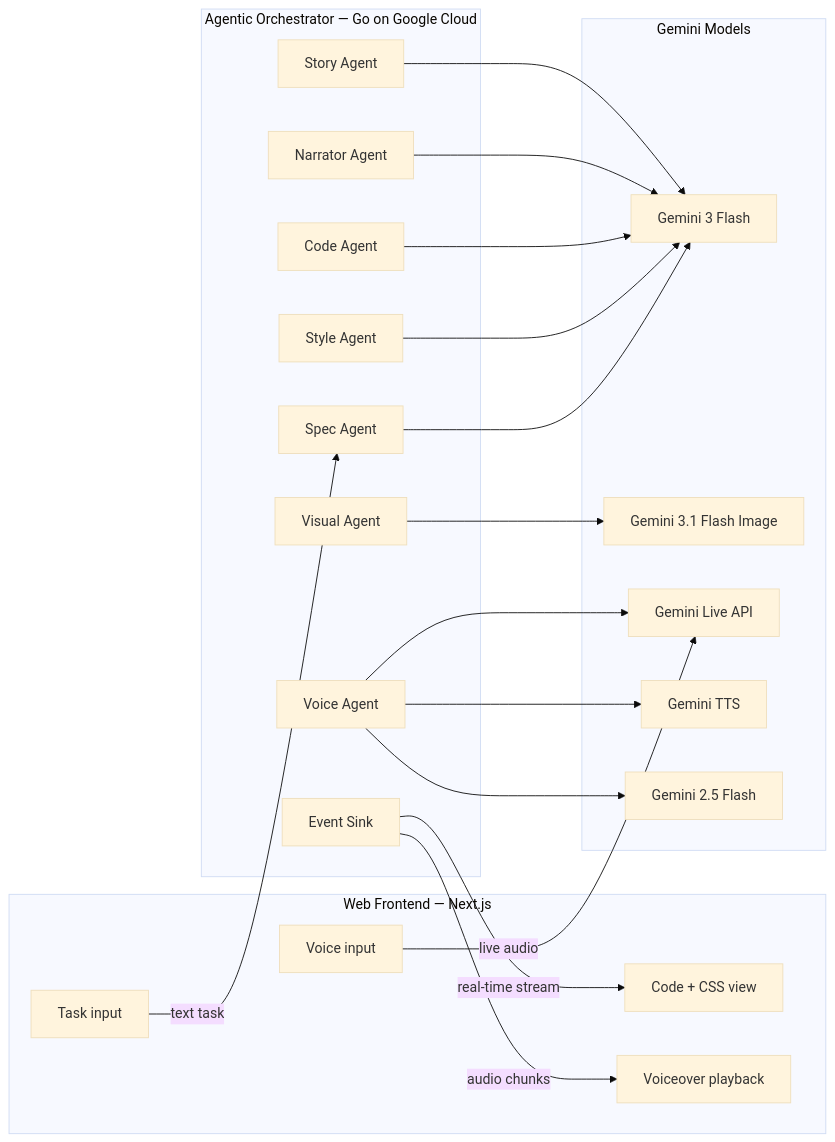
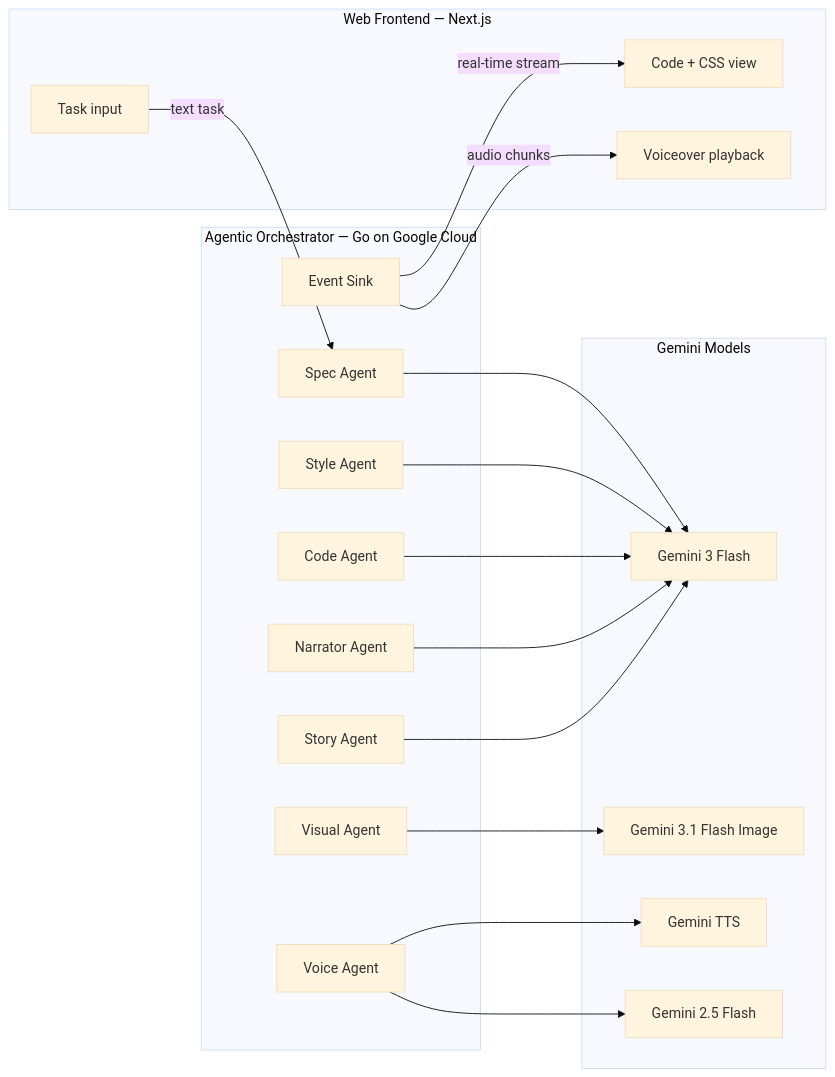
One commit to coyl/code-commenter changed the diagram in doc/architecture.md. Above: the diagram before and after it, drawn with Mermaid (base theme). The commit also changed other lines of this file and 7 other files, not shown here.

Commit message:
Update architecture diagrams and documentation to reflect changes in Gemini models and remove references to the Gemini Live API. Adjust text descriptions for clarity and accuracy in task input and voiceover sections.

````diff
--- a/doc/architecture.md
+++ b/doc/architecture.md
@@ -25,42 +24,38 @@
 ```mermaid
 flowchart LR
   subgraph client [Web Frontend — Next.js]
     UI[Task input]
     View[Code + CSS view]
-    VoiceIn[Voice input]
     VoiceOut[Voiceover playback]
   end
 
   subgraph orchestrator [Agentic Orchestrator — Go on Google Cloud]
     SpecAgent[Spec Agent]
     StyleAgent[Style Agent]
     CodeAgent[Code Agent]
     NarratorAgent[Narrator Agent]
     VoiceAgent[Voice Agent]
     VisualAgent[Visual Agent]
     StoryAgent[Story Agent]
     Sink[Event Sink]
   end
 
   subgraph models [Gemini Models]
     Flash[Gemini 3 Flash]
     ImageModel[Gemini 3.1 Flash Image]
-    LiveAPI[Gemini Live API]
     TTS[Gemini TTS]
     Timestamp[Gemini 2.5 Flash]
   end
 
   UI -->|text task| SpecAgent
-  VoiceIn -->|live audio| LiveAPI
   SpecAgent --> Flash
   StyleAgent --> Flash
   CodeAgent --> Flash
   NarratorAgent --> Flash
   VoiceAgent --> TTS
-  VoiceAgent --> LiveAPI
   VoiceAgent --> Timestamp
   VisualAgent --> ImageModel
   StoryAgent --> Flash
   Sink -->|real-time stream| View
   Sink -->|audio chunks| VoiceOut
 ```
````
